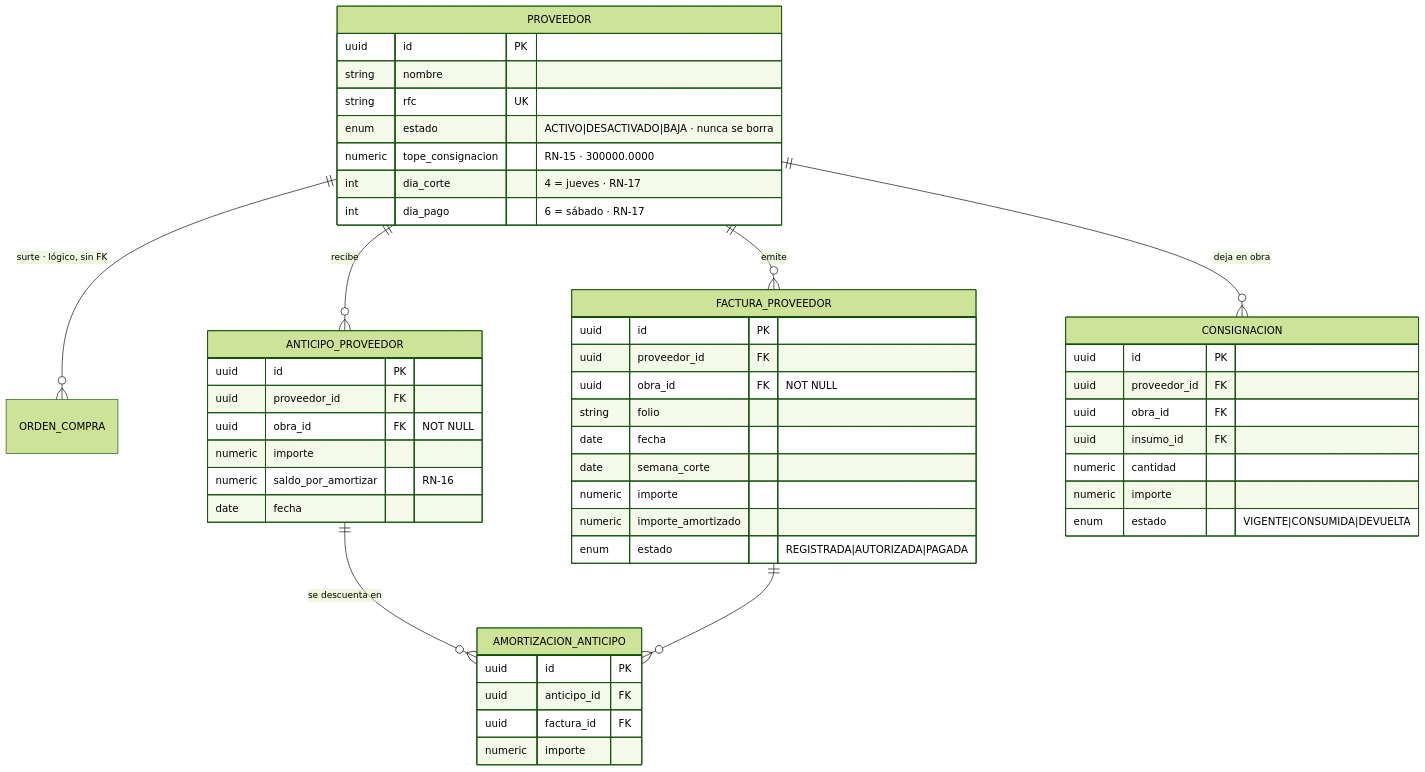
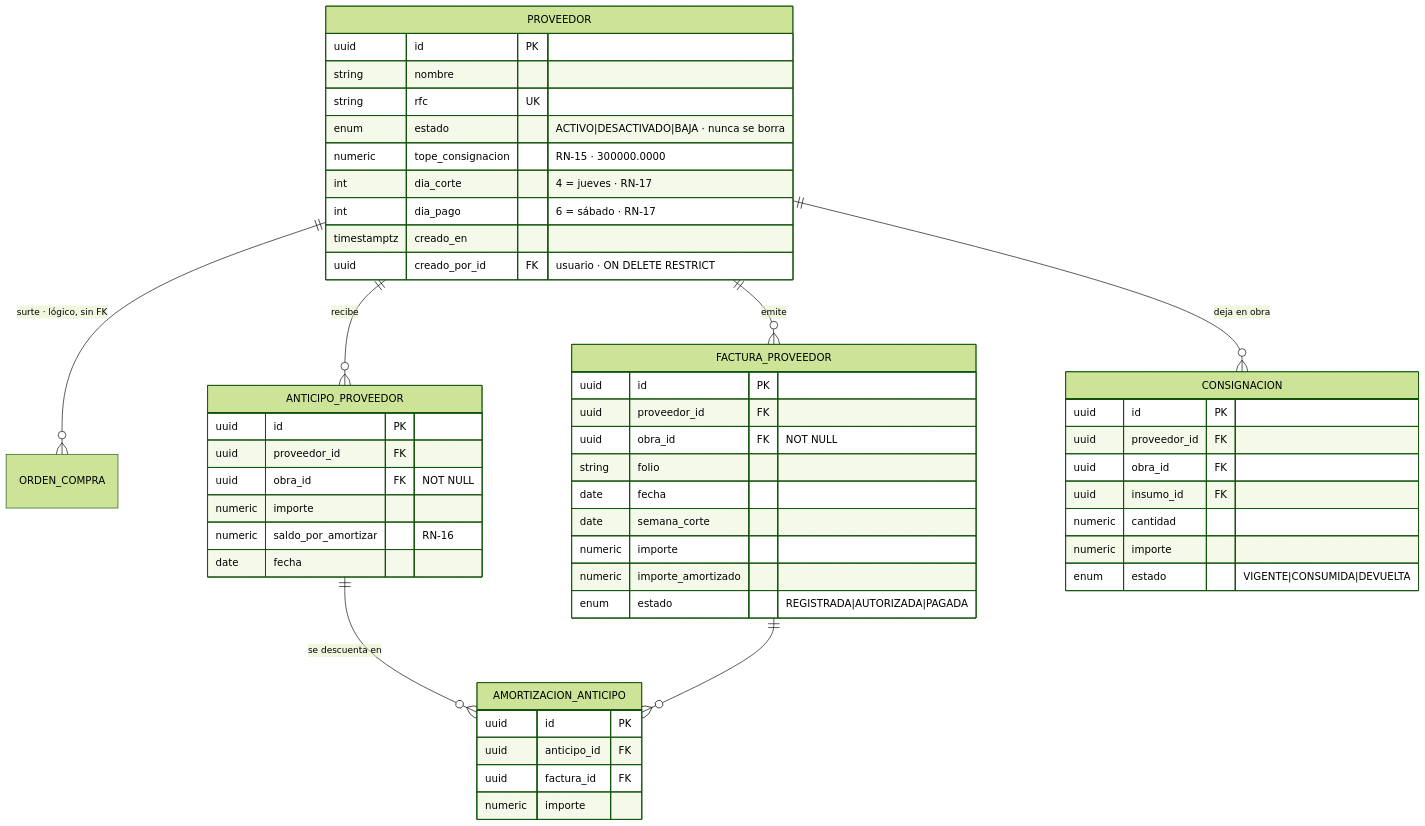
Before and after one commit to FranciscoRodSilva/IA4Devs-Proyecto-Final: the ninth of 18 diagrams in docs/03-modelo-datos.md, drawn with Mermaid (forest theme). The commit also changed other lines of this file and 19 other files, not shown here.

````diff
--- a/docs/03-modelo-datos.md
+++ b/docs/03-modelo-datos.md
@@ -847,53 +847,55 @@
 ```mermaid
 erDiagram
     PROVEEDOR ||--o{ ORDEN_COMPRA : "surte · lógico, sin FK"
     PROVEEDOR ||--o{ FACTURA_PROVEEDOR : "emite"
     PROVEEDOR ||--o{ ANTICIPO_PROVEEDOR : "recibe"
     ANTICIPO_PROVEEDOR ||--o{ AMORTIZACION_ANTICIPO : "se descuenta en"
     FACTURA_PROVEEDOR ||--o{ AMORTIZACION_ANTICIPO : ""
     PROVEEDOR ||--o{ CONSIGNACION : "deja en obra"
 
     PROVEEDOR {
         uuid id PK
         string nombre
         string rfc UK
         enum estado "ACTIVO|DESACTIVADO|BAJA · nunca se borra"
         numeric tope_consignacion "RN-15 · 300000.0000"
         int dia_corte "4 = jueves · RN-17"
         int dia_pago "6 = sábado · RN-17"
+        timestamptz creado_en
+        uuid creado_por_id FK "usuario · ON DELETE RESTRICT"
     }
     FACTURA_PROVEEDOR {
         uuid id PK
         uuid proveedor_id FK
         uuid obra_id FK "NOT NULL"
         string folio
         date fecha
         date semana_corte
         numeric importe
         numeric importe_amortizado
         enum estado "REGISTRADA|AUTORIZADA|PAGADA"
     }
     ANTICIPO_PROVEEDOR {
         uuid id PK
         uuid proveedor_id FK
         uuid obra_id FK "NOT NULL"
         numeric importe
         numeric saldo_por_amortizar "RN-16"
         date fecha
     }
     AMORTIZACION_ANTICIPO {
         uuid id PK
         uuid anticipo_id FK
         uuid factura_id FK
         numeric importe
     }
     CONSIGNACION {
         uuid id PK
         uuid proveedor_id FK
         uuid obra_id FK
         uuid insumo_id FK
         numeric cantidad
         numeric importe
         enum estado "VIGENTE|CONSUMIDA|DEVUELTA"
     }
 ```
````
